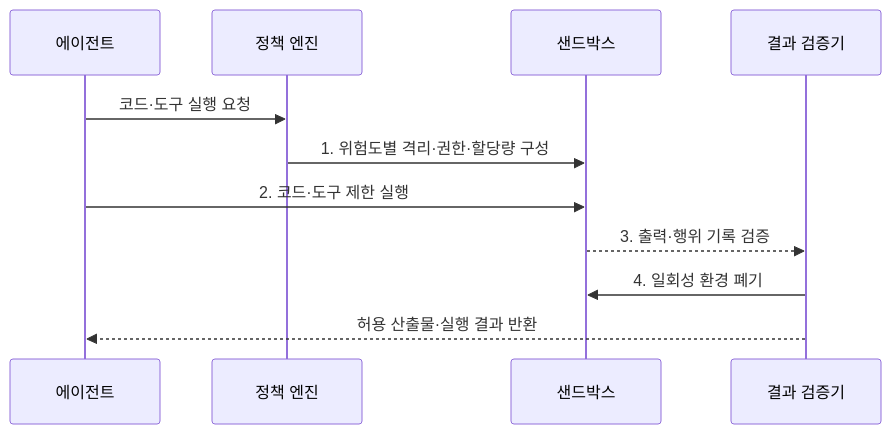
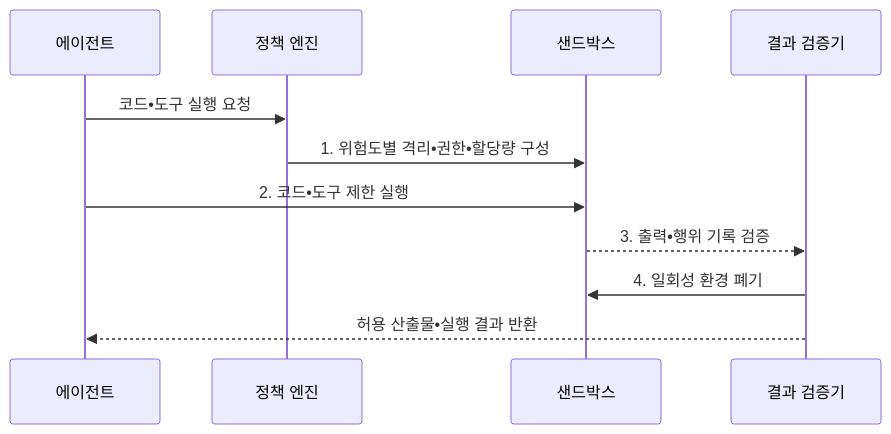
The second of 2 diagrams in src/content/docs/notes/08-latest-tech/020_agent_sandbox.md (agnusdei1207/knowledge-base), drawn with Mermaid before and after one commit. The commit also changed other lines of this file and 953 other files, not shown here.

````diff
--- a/src/content/docs/notes/08-latest-tech/020_agent_sandbox.md
+++ b/src/content/docs/notes/08-latest-tech/020_agent_sandbox.md
@@ -101,13 +101,13 @@
 ```mermaid
 sequenceDiagram
     participant A as 에이전트
     participant P as 정책 엔진
     participant S as 샌드박스
     participant V as 결과 검증기
-    A->>P: 코드·도구 실행 요청
-    P->>S: 1. 위험도별 격리·권한·할당량 구성
-    A->>S: 2. 코드·도구 제한 실행
-    S-->>V: 3. 출력·행위 기록 검증
+    A->>P: 코드•도구 실행 요청
+    P->>S: 1. 위험도별 격리•권한•할당량 구성
+    A->>S: 2. 코드•도구 제한 실행
+    S-->>V: 3. 출력•행위 기록 검증
     V->>S: 4. 일회성 환경 폐기
-    V-->>A: 허용 산출물·실행 결과 반환
+    V-->>A: 허용 산출물•실행 결과 반환
 ```
````
